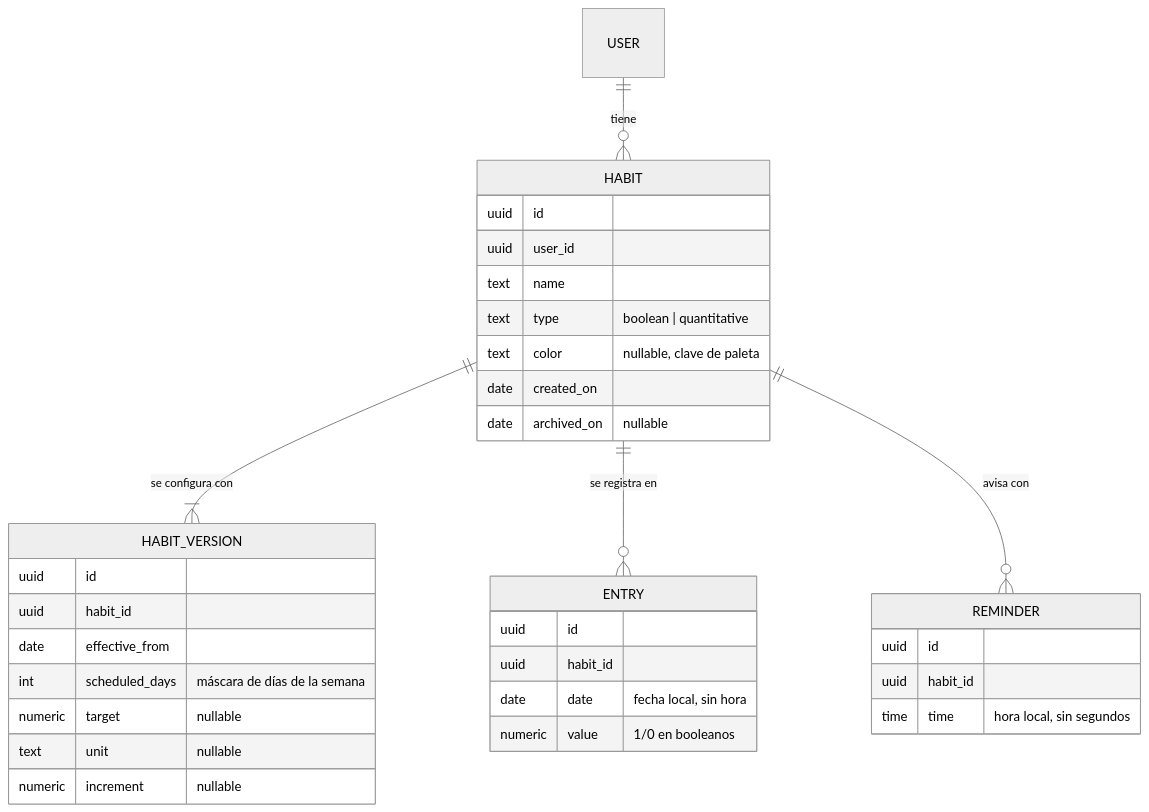
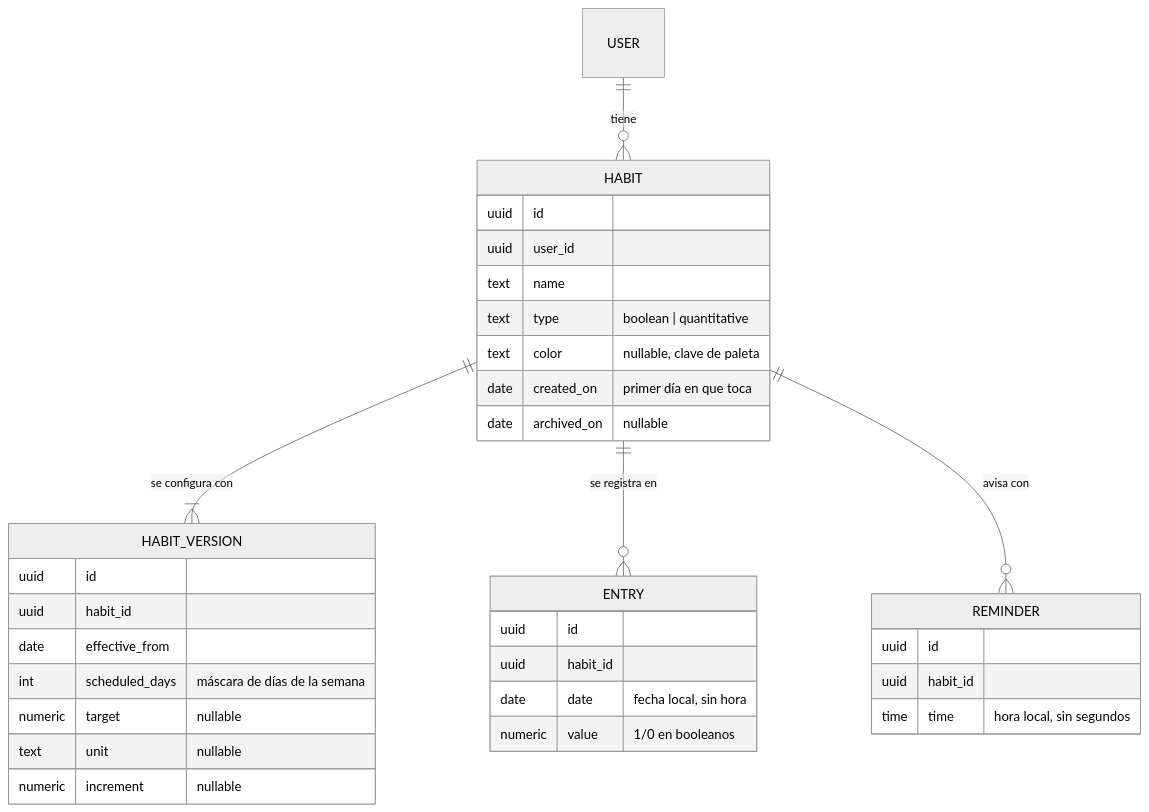
Before and after one commit to jota-marcar/habitos: the second of 2 diagrams in docs/arquitectura.md, drawn with Mermaid (neutral theme). The commit also changed other lines of this file and 9 other files, not shown here.

First line of the commit message:
fix: empieza el hábito en el día futuro desde el que se crea (#57)

````diff
--- a/docs/arquitectura.md
+++ b/docs/arquitectura.md
@@ -105,37 +105,37 @@
 ```mermaid
 erDiagram
     USER ||--o{ HABIT : tiene
     HABIT ||--|{ HABIT_VERSION : "se configura con"
     HABIT ||--o{ ENTRY : "se registra en"
     HABIT ||--o{ REMINDER : "avisa con"
 
     HABIT {
         uuid id
         uuid user_id
         text name
         text type "boolean | quantitative"
         text color "nullable, clave de paleta"
-        date created_on
+        date created_on "primer día en que toca"
         date archived_on "nullable"
     }
     HABIT_VERSION {
         uuid id
         uuid habit_id
         date effective_from
         int scheduled_days "máscara de días de la semana"
         numeric target "nullable"
         text unit "nullable"
         numeric increment "nullable"
     }
     ENTRY {
         uuid id
         uuid habit_id
         date date "fecha local, sin hora"
         numeric value "1/0 en booleanos"
     }
     REMINDER {
         uuid id
         uuid habit_id
         time time "hora local, sin segundos"
     }
 ```
````
